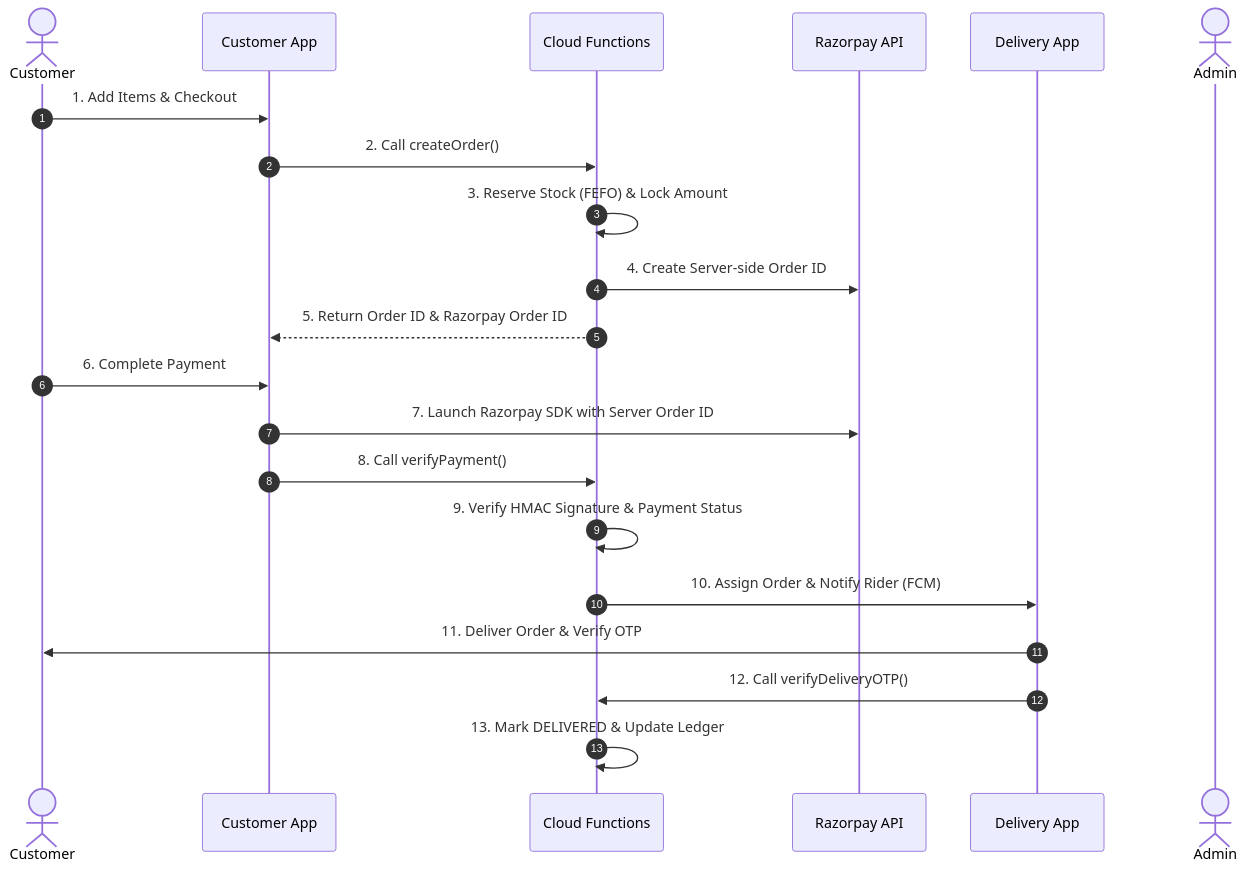
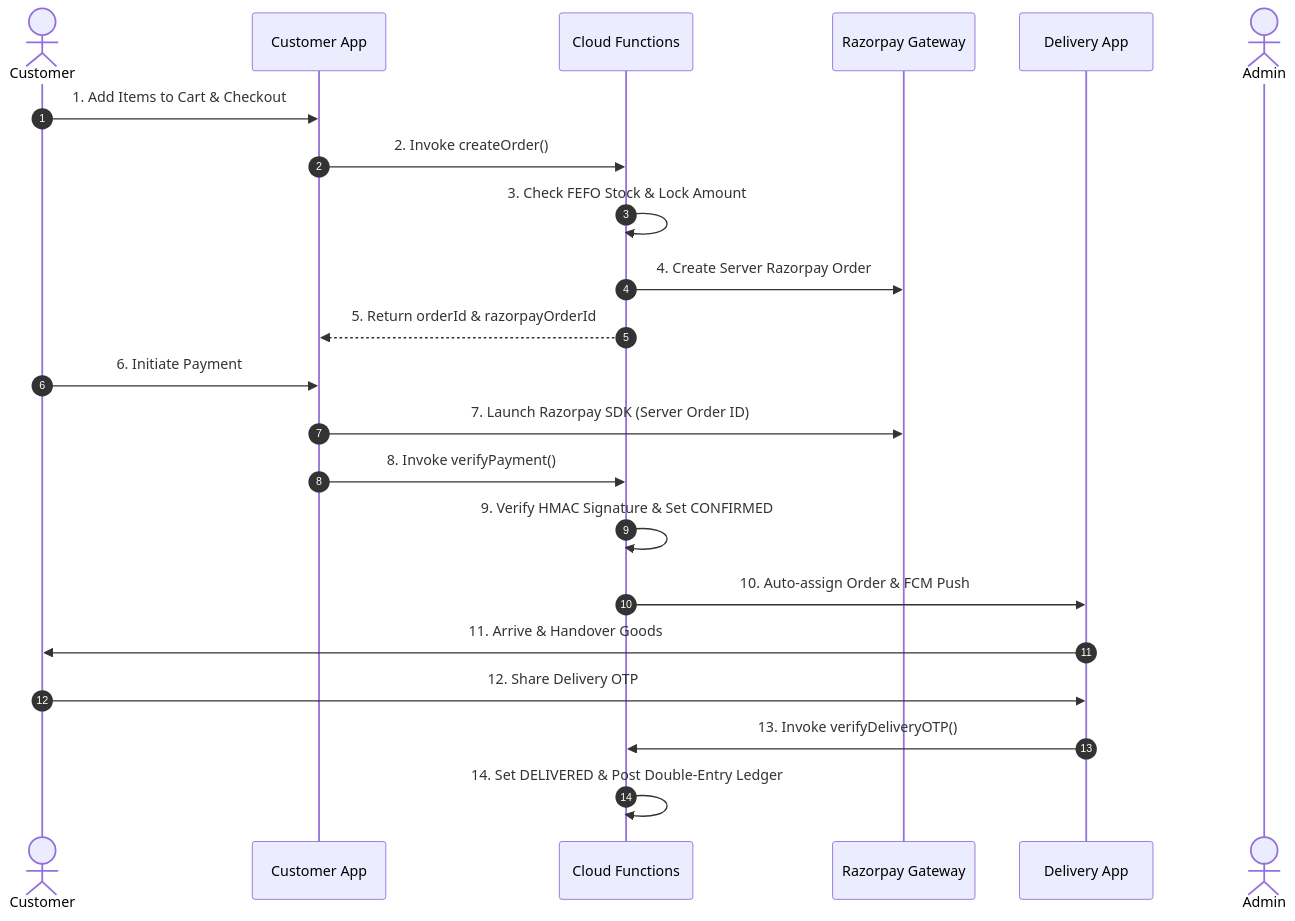
Before and after one commit to Vishal0325/KrishiVishal: the second of 2 diagrams in README.md, drawn with Mermaid. The commit also changed other lines of this file, not shown here.

````diff
--- a/README.md
+++ b/README.md
@@ -95,24 +113,25 @@
 ```mermaid
 sequenceDiagram
     autonumber
     actor Customer
     participant App as Customer App
     participant Backend as Cloud Functions
-    participant Rzp as Razorpay API
+    participant Rzp as Razorpay Gateway
     participant Rider as Delivery App
     actor Admin
 
-    Customer->>App: 1. Add Items & Checkout
-    App->>Backend: 2. Call createOrder()
-    Backend->>Backend: 3. Reserve Stock (FEFO) & Lock Amount
-    Backend->>Rzp: 4. Create Server-side Order ID
-    Backend-->>App: 5. Return Order ID & Razorpay Order ID
-    Customer->>App: 6. Complete Payment
-    App->>Rzp: 7. Launch Razorpay SDK with Server Order ID
-    App->>Backend: 8. Call verifyPayment()
-    Backend->>Backend: 9. Verify HMAC Signature & Payment Status
-    Backend->>Rider: 10. Assign Order & Notify Rider (FCM)
-    Rider->>Customer: 11. Deliver Order & Verify OTP
-    Rider->>Backend: 12. Call verifyDeliveryOTP()
-    Backend->>Backend: 13. Mark DELIVERED & Update Ledger
+    Customer->>App: 1. Add Items to Cart & Checkout
+    App->>Backend: 2. Invoke createOrder()
+    Backend->>Backend: 3. Check FEFO Stock & Lock Amount
+    Backend->>Rzp: 4. Create Server Razorpay Order
+    Backend-->>App: 5. Return orderId & razorpayOrderId
+    Customer->>App: 6. Initiate Payment
+    App->>Rzp: 7. Launch Razorpay SDK (Server Order ID)
+    App->>Backend: 8. Invoke verifyPayment()
+    Backend->>Backend: 9. Verify HMAC Signature & Set CONFIRMED
+    Backend->>Rider: 10. Auto-assign Order & FCM Push
+    Rider->>Customer: 11. Arrive & Handover Goods
+    Customer->>Rider: 12. Share Delivery OTP
+    Rider->>Backend: 13. Invoke verifyDeliveryOTP()
+    Backend->>Backend: 14. Set DELIVERED & Post Double-Entry Ledger
 ```
````
